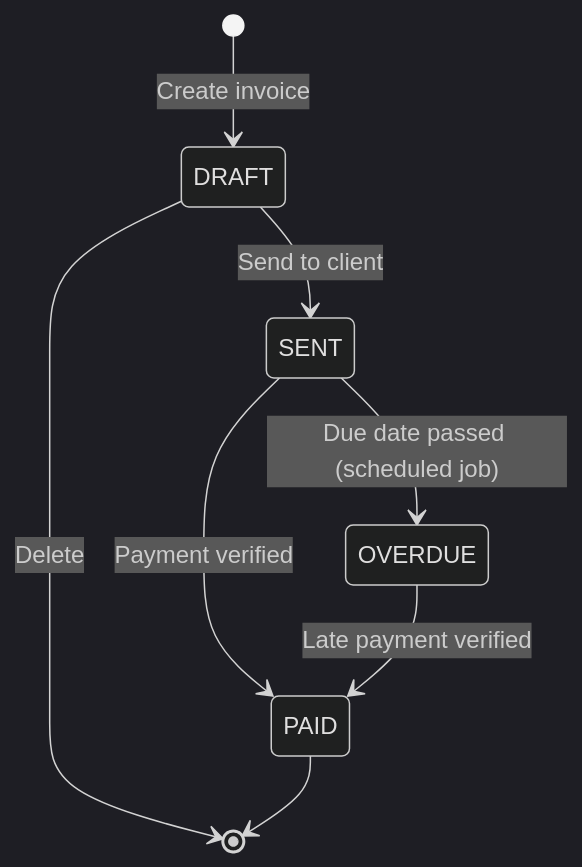
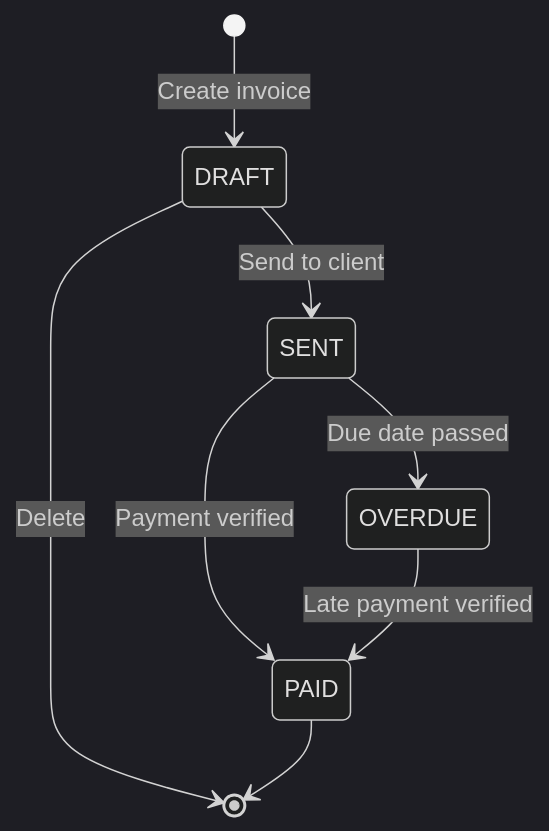
One commit to aryan24cse109-dev/Wealthra-ai changed the fourth of 6 diagrams in README.md. Above: the diagram before and after it, drawn with Mermaid (dark theme). The commit also changed other lines of this file, not shown here.

````diff
--- a/README.md
+++ b/README.md
@@ -326,10 +455,10 @@
 ```mermaid
 stateDiagram-v2
     [*] --> DRAFT : Create invoice
     DRAFT --> SENT : Send to client
     DRAFT --> [*] : Delete
     SENT --> PAID : Payment verified
-    SENT --> OVERDUE : Due date passed (scheduled job)
+    SENT --> OVERDUE : Due date passed
     OVERDUE --> PAID : Late payment verified
     PAID --> [*]
 ```
````
